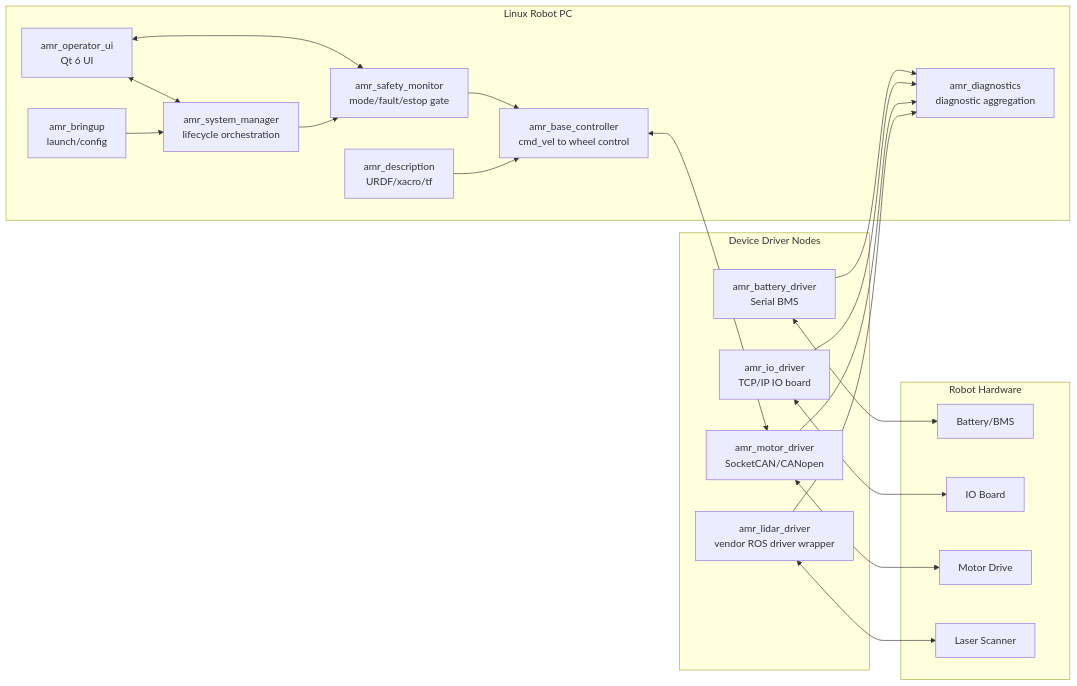
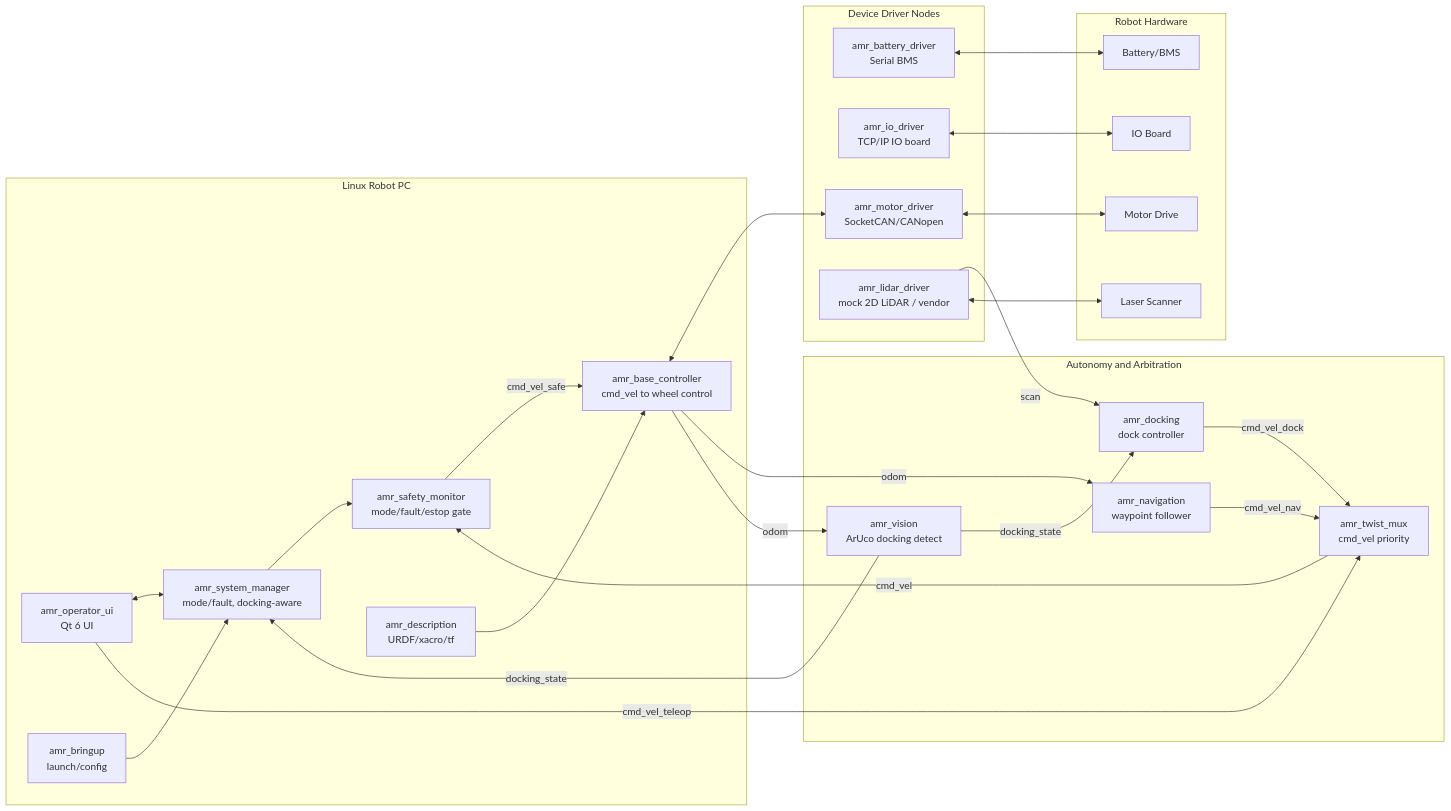
Before and after one commit to bong7233/ROS2_Prac: the diagram in README.md, drawn with Mermaid. The commit also changed other lines of this file, not shown here.

Commit message:
Update architecture diagram for autonomy and arbitration
Reflect the expanded system in the README diagram: add the amr_vision /
amr_docking / amr_navigation / amr_twist_mux layer and show the real command
pipeline (sources -> twist_mux -> safety -> base) plus the docking_state, scan,
and odom flows. Note that all runtime nodes publish /diagnostics.

Claude-Session: https://claude.ai/code/session_01MEj8QSrWSni8uVEuK3MqyA

````diff
--- a/README.md
+++ b/README.md
@@ -79,42 +79,52 @@
 ```mermaid
 flowchart LR
     subgraph Linux_PC["Linux Robot PC"]
         UI["amr_operator_ui<br/>Qt 6 UI"]
         Bringup["amr_bringup<br/>launch/config"]
-        Manager["amr_system_manager<br/>lifecycle orchestration"]
+        Manager["amr_system_manager<br/>mode/fault, docking-aware"]
         Safety["amr_safety_monitor<br/>mode/fault/estop gate"]
         Base["amr_base_controller<br/>cmd_vel to wheel control"]
-        Diagnostics["amr_diagnostics<br/>diagnostic aggregation"]
         Description["amr_description<br/>URDF/xacro/tf"]
+    end
+
+    subgraph Autonomy["Autonomy and Arbitration"]
+        Vision["amr_vision<br/>ArUco docking detect"]
+        Docking["amr_docking<br/>dock controller"]
+        Nav["amr_navigation<br/>waypoint follower"]
+        Mux["amr_twist_mux<br/>cmd_vel priority"]
     end
 
     subgraph Drivers["Device Driver Nodes"]
         Battery["amr_battery_driver<br/>Serial BMS"]
         IO["amr_io_driver<br/>TCP/IP IO board"]
         Motor["amr_motor_driver<br/>SocketCAN/CANopen"]
-        Lidar["amr_lidar_driver<br/>vendor ROS driver wrapper"]
+        Lidar["amr_lidar_driver<br/>mock 2D LiDAR / vendor"]
     end
 
     subgraph Hardware["Robot Hardware"]
         BMS["Battery/BMS"]
         IOBoard["IO Board"]
         Drive["Motor Drive"]
         Scanner["Laser Scanner"]
     end
 
     UI <--> Manager
-    UI <--> Safety
+    UI -->|cmd_vel_teleop| Mux
+    Docking -->|cmd_vel_dock| Mux
+    Nav -->|cmd_vel_nav| Mux
+    Mux -->|cmd_vel| Safety
     Manager --> Safety
-    Safety --> Base
+    Safety -->|cmd_vel_safe| Base
     Base <--> Motor
+    Base -->|odom| Nav
+    Base -->|odom| Vision
+    Vision -->|docking_state| Docking
+    Vision -->|docking_state| Manager
+    Lidar -->|scan| Docking
     Battery <--> BMS
     IO <--> IOBoard
     Motor <--> Drive
     Lidar <--> Scanner
-    Battery --> Diagnostics
-    IO --> Diagnostics
-    Motor --> Diagnostics
-    Lidar --> Diagnostics
     Description --> Base
     Bringup --> Manager
 ```
````
